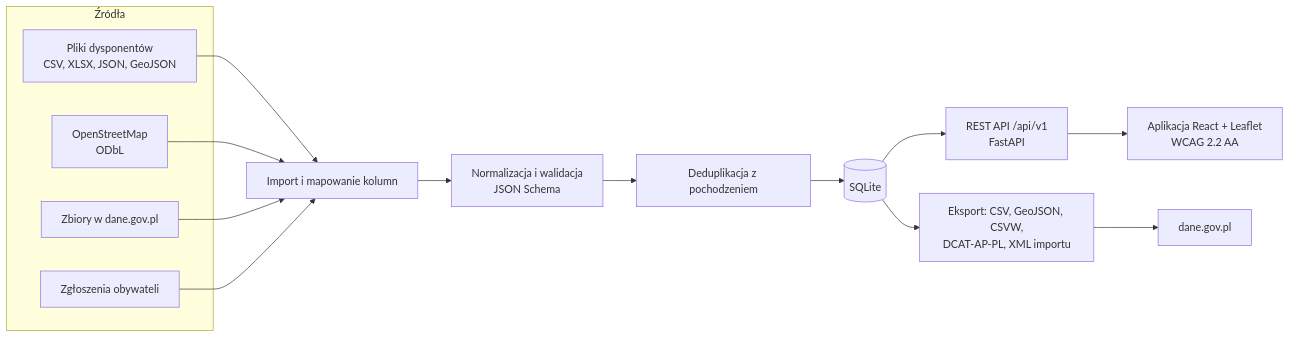
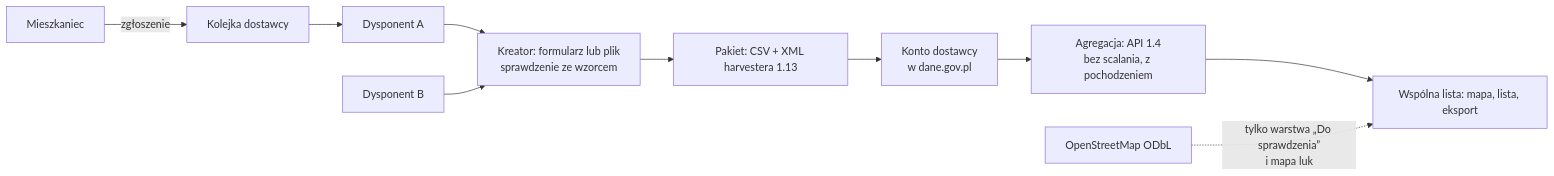
The diagram in README.md (Serafin21/misja-aed), drawn with Mermaid before and after one commit. The commit also changed other lines of this file and 4 other files, not shown here.

````diff
--- a/README.md
+++ b/README.md
@@ -55,17 +68,11 @@
 ```mermaid
 flowchart LR
-  subgraph Źródła
-    D[Pliki dysponentów<br/>CSV, XLSX, JSON, GeoJSON]
-    O[OpenStreetMap<br/>ODbL]
-    G[Zbiory w dane.gov.pl]
-    Z[Zgłoszenia obywateli]
-  end
-  D & O & G & Z --> I[Import i mapowanie kolumn]
-  I --> N[Normalizacja i walidacja<br/>JSON Schema]
-  N --> P[Deduplikacja z pochodzeniem]
-  P --> DB[(SQLite)]
-  DB --> API[REST API /api/v1<br/>FastAPI]
-  DB --> E[Eksport: CSV, GeoJSON, CSVW,<br/>DCAT-AP-PL, XML importu]
-  E --> DGP[dane.gov.pl]
-  API --> UI[Aplikacja React + Leaflet<br/>WCAG 2.2 AA]
+  D1[Dysponent A] & D2[Dysponent B] --> K[Kreator: formularz lub plik<br/>sprawdzenie ze wzorcem]
+  K --> P[Pakiet: CSV + XML harvestera 1.13]
+  P --> DGP[Konto dostawcy<br/>w dane.gov.pl]
+  DGP --> AG[Agregacja: API 1.4<br/>bez scalania, z pochodzeniem]
+  AG --> L[Wspólna lista: mapa, lista, eksport]
+  M[Mieszkaniec] -- zgłoszenie --> Q[Kolejka dostawcy]
+  Q --> D1
+  O[OpenStreetMap ODbL] -. tylko warstwa „Do sprawdzenia”<br/>i mapa luk .-> L
 ```
````
